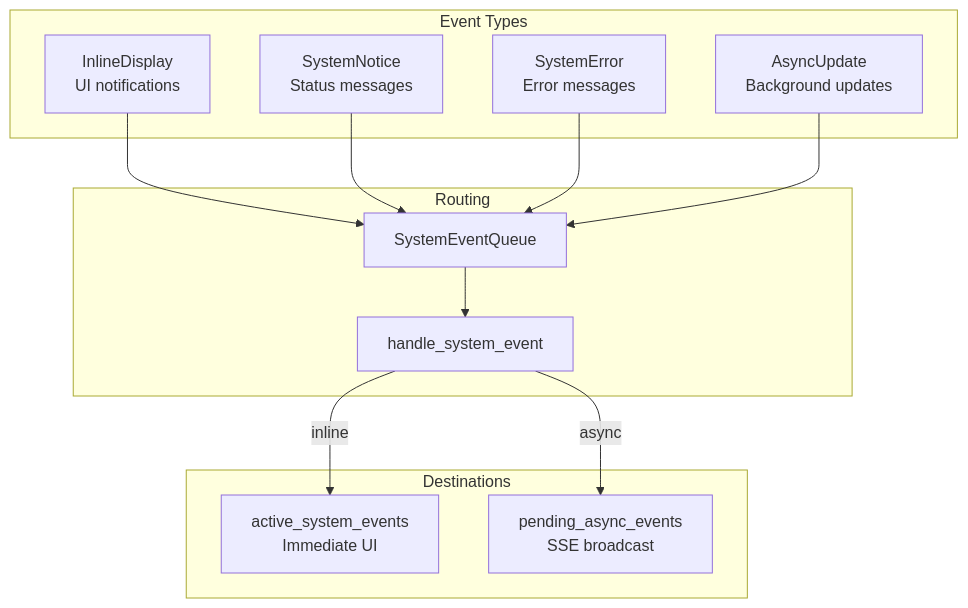
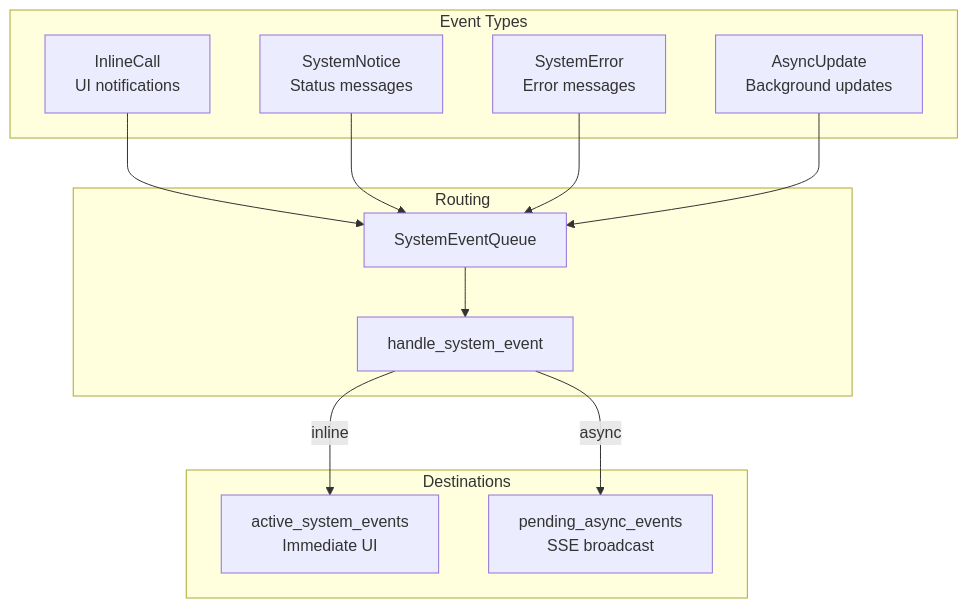
One commit to aomi-labs/product-mono changed the seventh of 7 diagrams in docs/architecture.md. Above: the diagram before and after it, drawn with Mermaid. The commit also changed 30 other files, not shown here.

````diff
--- a/docs/architecture.md
+++ b/docs/architecture.md
@@ -335,29 +335,29 @@
 ```mermaid
 flowchart TB
     subgraph "Event Types"
-        INLINE[InlineDisplay<br/>UI notifications]
+        INLINE[InlineCall<br/>UI notifications]
         NOTICE[SystemNotice<br/>Status messages]
         ERROR[SystemError<br/>Error messages]
         ASYNC[AsyncUpdate<br/>Background updates]
     end
 
     subgraph "Routing"
         QUEUE[SystemEventQueue]
         HANDLER[handle_system_event]
     end
 
     subgraph "Destinations"
         ACTIVE[active_system_events<br/>Immediate UI]
         PENDING[pending_async_events<br/>SSE broadcast]
     end
 
     INLINE --> QUEUE
     NOTICE --> QUEUE
     ERROR --> QUEUE
     ASYNC --> QUEUE
 
     QUEUE --> HANDLER
 
     HANDLER -->|inline| ACTIVE
     HANDLER -->|async| PENDING
 ```
````
